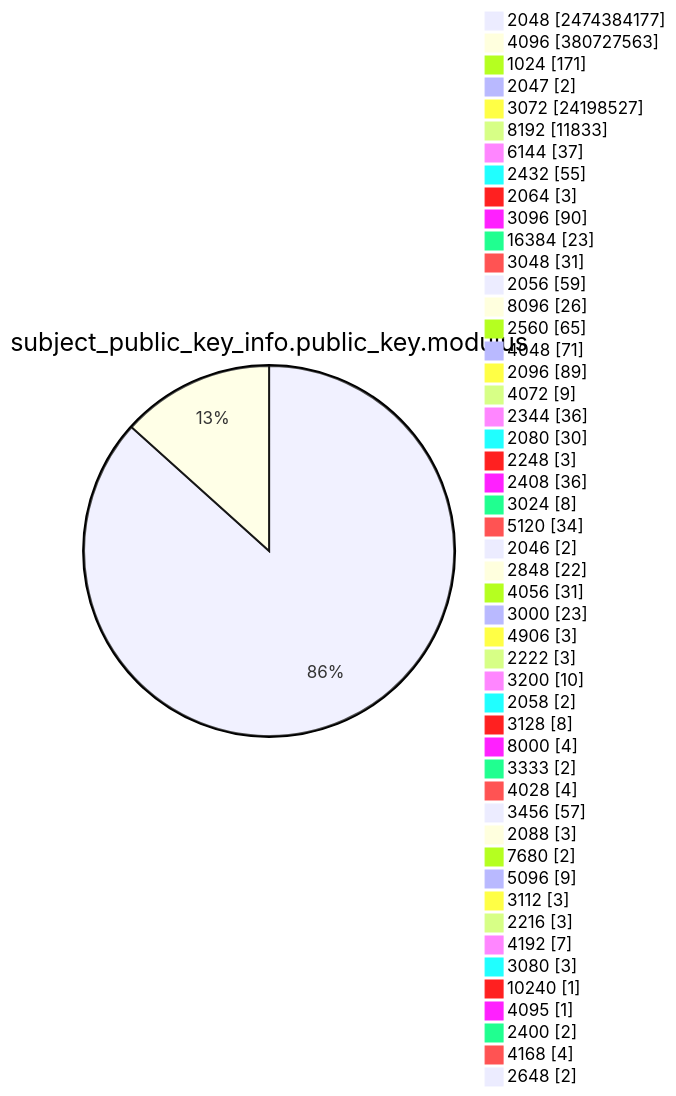
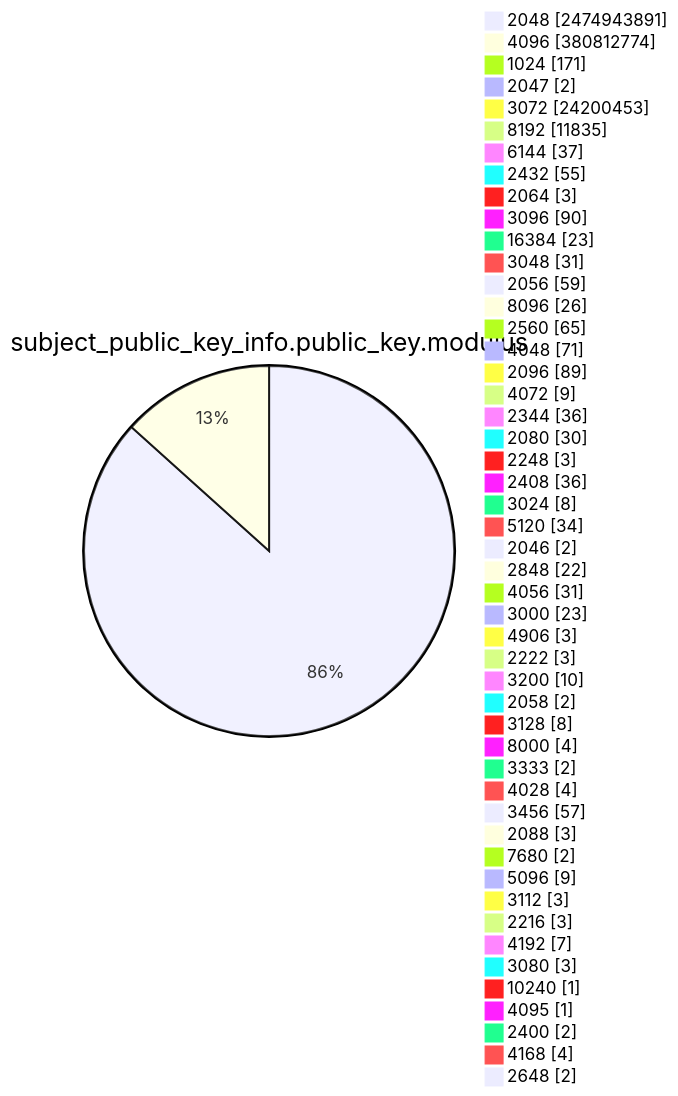
One commit to christiankrug/ctmonitor_visualization changed diagram 13 of 15 in TOTAL/README.md. Above: the diagram before and after it, drawn with Mermaid. The commit also changed other lines of this file, not shown here.

````diff
--- a/TOTAL/README.md
+++ b/TOTAL/README.md
@@ -4168,53 +4168,53 @@
 ```mermaid
 pie showData
 title subject_public_key_info.public_key.modulus
-"2048" :2474384177
-"4096" :380727563
+"2048" :2474943891
+"4096" :380812774
 "1024" :171
 "2047" :2
-"3072" :24198527
-"8192" :11833
+"3072" :24200453
+"8192" :11835
 "6144" :37
 "2432" :55
 "2064" :3
 "3096" :90
 "16384" :23
 "3048" :31
 "2056" :59
 "8096" :26
 "2560" :65
 "4048" :71
 "2096" :89
 "4072" :9
 "2344" :36
 "2080" :30
 "2248" :3
 "2408" :36
 "3024" :8
 "5120" :34
 "2046" :2
 "2848" :22
 "4056" :31
 "3000" :23
 "4906" :3
 "2222" :3
 "3200" :10
 "2058" :2
 "3128" :8
 "8000" :4
 "3333" :2
 "4028" :4
 "3456" :57
 "2088" :3
 "7680" :2
 "5096" :9
 "3112" :3
 "2216" :3
 "4192" :7
 "3080" :3
 "10240" :1
 "4095" :1
 "2400" :2
 "4168" :4
 "2648" :2
 ```
````
